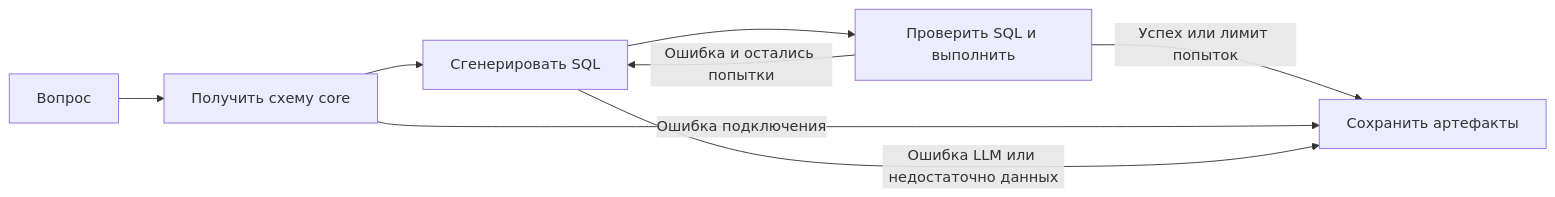
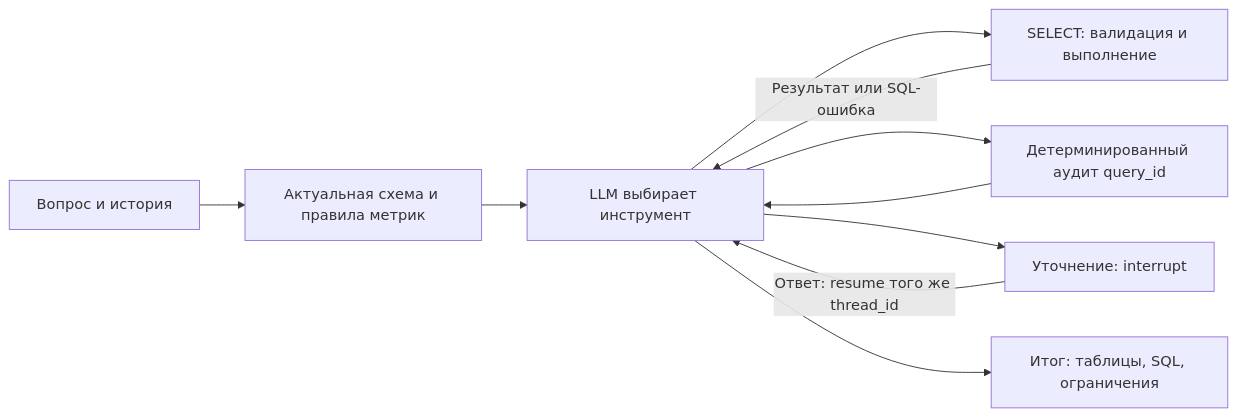
Before and after one commit to TaySon-7/RWB-TECH-HACK: the diagram in sql_agent/README.md, drawn with Mermaid. The commit also changed other lines of this file and 56 other files, not shown here.

````diff
--- a/sql_agent/README.md
+++ b/sql_agent/README.md
@@ -42,10 +38,12 @@
 ```mermaid
 flowchart LR
-    A[Вопрос] --> B[Получить схему core]
-    B --> C[Сгенерировать SQL]
-    C --> D[Проверить SQL и выполнить]
-    D -->|Ошибка и остались попытки| C
-    D -->|Успех или лимит попыток| E[Сохранить артефакты]
-    B -->|Ошибка подключения| E
-    C -->|Ошибка LLM или недостаточно данных| E
+    Q[Вопрос и история] --> S[Актуальная схема и правила метрик]
+    S --> A[LLM выбирает инструмент]
+    A --> T[SELECT: валидация и выполнение]
+    T -->|Результат или SQL-ошибка| A
+    A --> D[Детерминированный аудит query_id]
+    D --> A
+    A --> U[Уточнение: interrupt]
+    U -->|Ответ: resume того же thread_id| A
+    A --> F[Итог: таблицы, SQL, ограничения]
 ```
````
